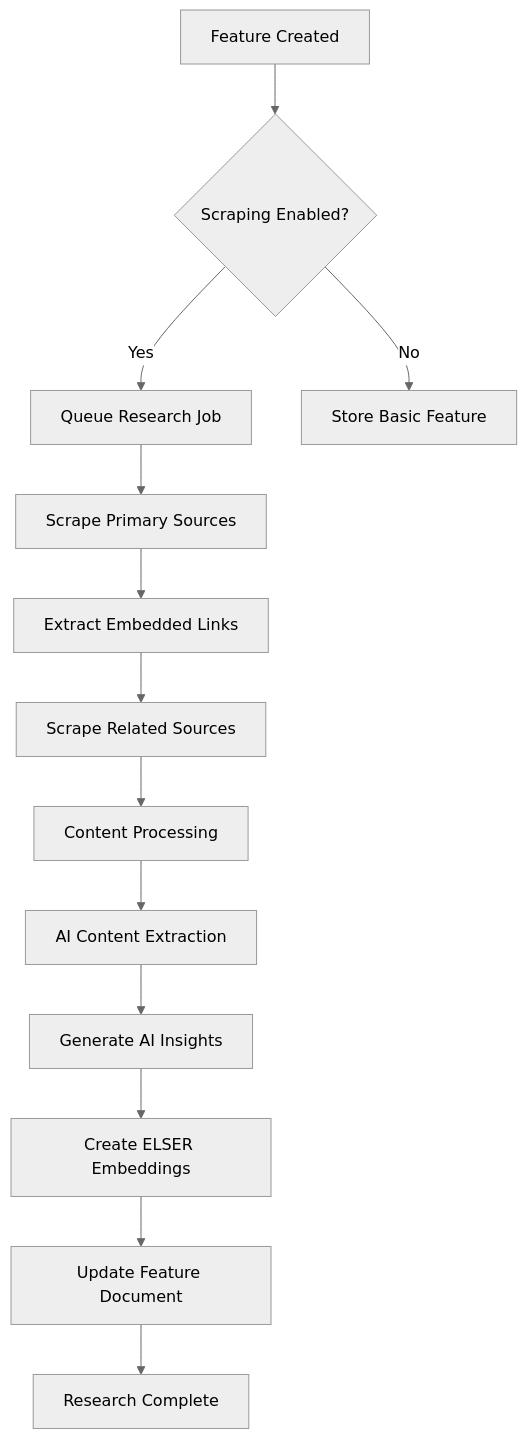
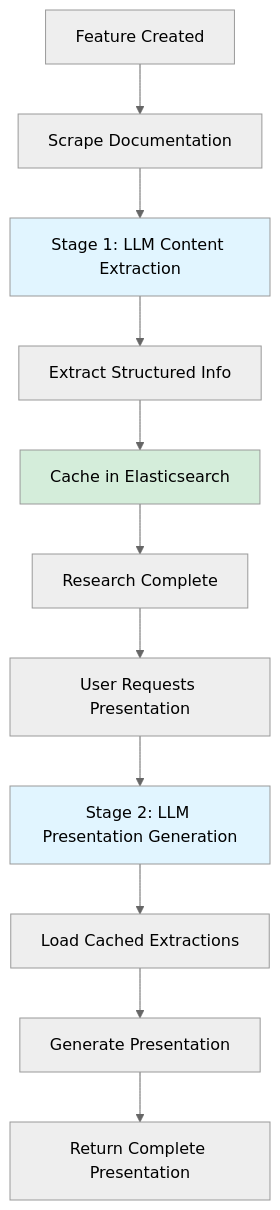
The diagram in docs/architecture/content-research.md (leungsteve/elastic-whats-new-generator), drawn with Mermaid (neutral theme) before and after one commit. The commit also changed other lines of this file and 20 other files, not shown here.

````diff
--- a/docs/architecture/content-research.md
+++ b/docs/architecture/content-research.md
@@ -23,15 +28,18 @@
 ```mermaid
 graph TD
-    A[Feature Created] --> B{Scraping Enabled?}
-    B -->|Yes| C[Queue Research Job]
-    B -->|No| D[Store Basic Feature]
-    C --> E[Scrape Primary Sources]
-    E --> F[Extract Embedded Links]
-    F --> G[Scrape Related Sources]
-    G --> H[Content Processing]
-    H --> I[AI Content Extraction]
-    I --> J[Generate AI Insights]
-    J --> K[Create ELSER Embeddings]
-    K --> L[Update Feature Document]
-    L --> M[Research Complete]
+    A[Feature Created] --> B[Scrape Documentation]
+    B --> C[Stage 1: LLM Content Extraction]
+    C --> D[Extract Structured Info]
+    D --> E[Cache in Elasticsearch]
+    E --> F[Research Complete]
+
+    F --> G[User Requests Presentation]
+    G --> H[Stage 2: LLM Presentation Generation]
+    H --> I[Load Cached Extractions]
+    I --> J[Generate Presentation]
+    J --> K[Return Complete Presentation]
+
+    style C fill:#e1f5ff
+    style H fill:#e1f5ff
+    style E fill:#d4edda
 ```
````
